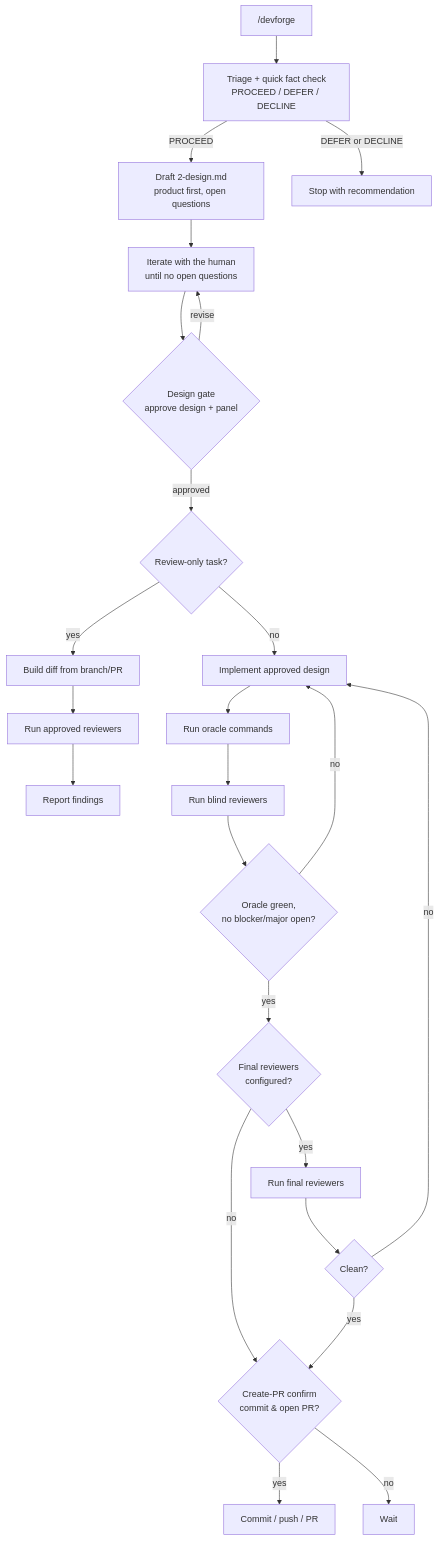
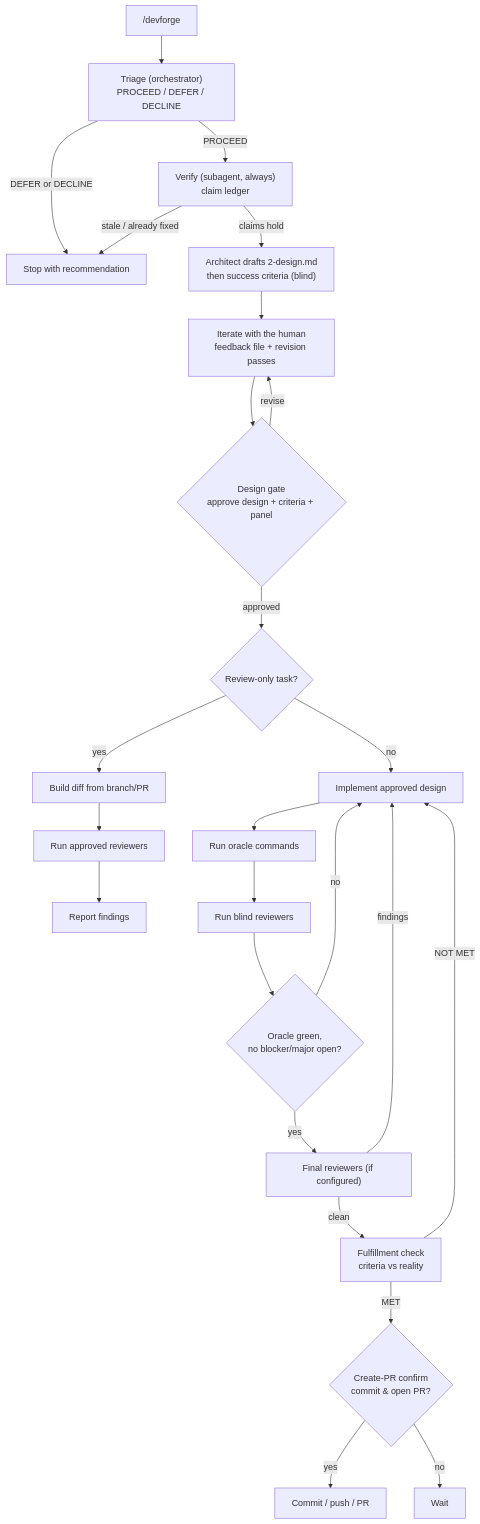
One commit to apify/shepherd changed the diagram in README.md. Above: the diagram before and after it, drawn with Mermaid. The commit also changed other lines of this file and 9 other files, not shown here.

````diff
--- a/README.md
+++ b/README.md
@@ -20,26 +31,27 @@
 ```mermaid
 flowchart TD
-    Start["/devforge <task>"] --> Triage["Triage + quick fact check<br/>PROCEED / DEFER / DECLINE"]
-    Triage -->|PROCEED| Draft["Draft 2-design.md<br/>product first, open questions"]
+    Start["/devforge <task>"] --> Triage["Triage (orchestrator)<br/>PROCEED / DEFER / DECLINE"]
+    Triage -->|PROCEED| Verify["Verify (subagent, always)<br/>claim ledger"]
     Triage -->|DEFER or DECLINE| Stop["Stop with recommendation"]
-    Draft --> Iterate["Iterate with the human<br/>until no open questions"]
-    Iterate --> Gate{"Design gate<br/>approve design + panel"}
+    Verify -->|claims hold| Draft["Architect drafts 2-design.md<br/>then success criteria (blind)"]
+    Verify -->|stale / already fixed| Stop
+    Draft --> Iterate["Iterate with the human<br/>feedback file + revision passes"]
+    Iterate --> Gate{"Design gate<br/>approve design + criteria + panel"}
     Gate -->|approved| ReviewOnly{"Review-only task?"}
     Gate -->|revise| Iterate
     ReviewOnly -->|yes| ExistingDiff["Build diff from branch/PR"]
     ExistingDiff --> ReviewPanel["Run approved reviewers"]
     ReviewPanel --> Findings["Report findings"]
     ReviewOnly -->|no| Implement["Implement approved design"]
     Implement --> Oracle["Run oracle commands"]
     Oracle --> Reviewers["Run blind reviewers"]
     Reviewers --> Clean{"Oracle green,<br/>no blocker/major open?"}
     Clean -->|no| Implement
-    Clean -->|yes| FinalConfigured{"Final reviewers<br/>configured?"}
-    FinalConfigured -->|yes| FinalReview["Run final reviewers"]
-    FinalConfigured -->|no| CreatePrConfirm
-    FinalReview --> FinalClean{"Clean?"}
-    FinalClean -->|no| Implement
-    FinalClean -->|yes| CreatePrConfirm{"Create-PR confirm<br/>commit & open PR?"}
+    Clean -->|yes| FinalReview["Final reviewers (if configured)"]
+    FinalReview -->|findings| Implement
+    FinalReview -->|clean| Fulfillment["Fulfillment check<br/>criteria vs reality"]
+    Fulfillment -->|NOT MET| Implement
+    Fulfillment -->|MET| CreatePrConfirm{"Create-PR confirm<br/>commit & open PR?"}
     CreatePrConfirm -->|yes| Finish["Commit / push / PR"]
     CreatePrConfirm -->|no| Hold["Wait"]
 ```
````
